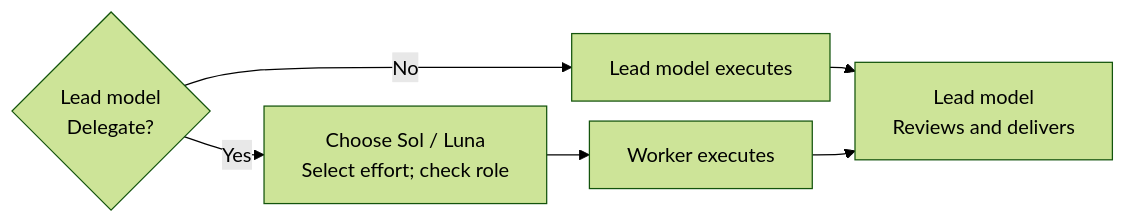
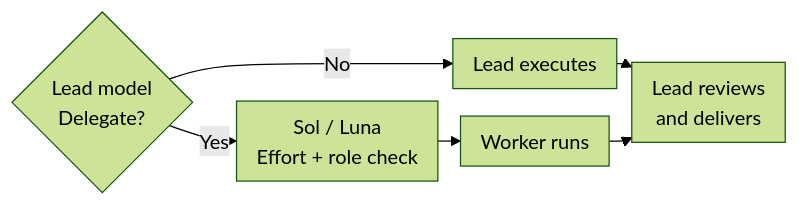
One commit to SuperDaddyV/codex-native-workers changed the diagram in README.en.md. Above: the diagram before and after it, drawn with Mermaid (forest theme). The commit also changed 1 other file, not shown here.

Commit message:
docs: tighten homepage flow after rendered layout checks

````diff
--- a/README.en.md
+++ b/README.en.md
@@ -20,11 +20,11 @@
 ```mermaid
 ---
-config: {flowchart: {nodeSpacing: 16, rankSpacing: 20}}
+config: {flowchart: {nodeSpacing: 16, rankSpacing: 12, padding: 8, minNodeWidth: 0}}
 ---
 flowchart LR
-    A{"Lead model<br/>Delegate?"} -->|No| B["Lead model executes"]
-    A -->|Yes| C["Choose Sol / Luna<br/>Select effort; check role"]
-    C --> D["Worker executes"]
-    B --> E["Lead model<br/>Reviews and delivers"]
+    A{"Lead model<br/>Delegate?"} -->|No| B["Lead executes"]
+    A -->|Yes| C["Sol / Luna<br/>Effort + role check"]
+    C --> D["Worker runs"]
+    B --> E["Lead reviews<br/>and delivers"]
     D --> E
 ```
````
